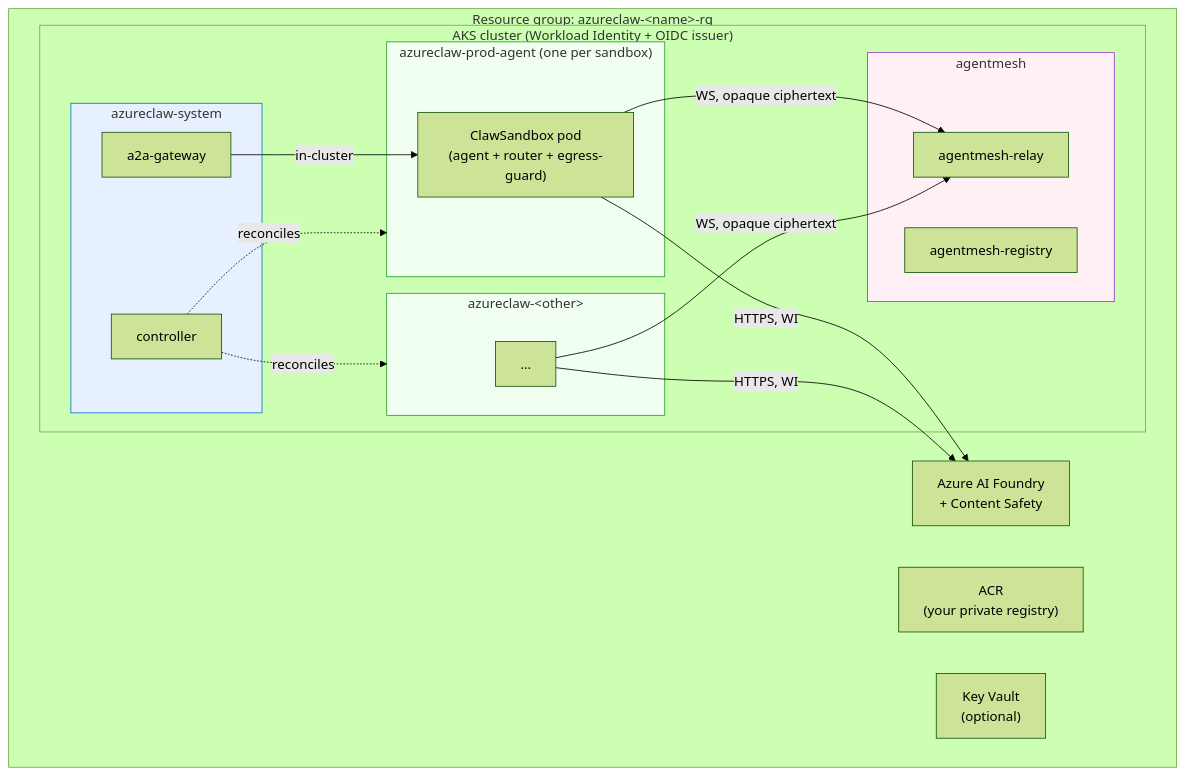
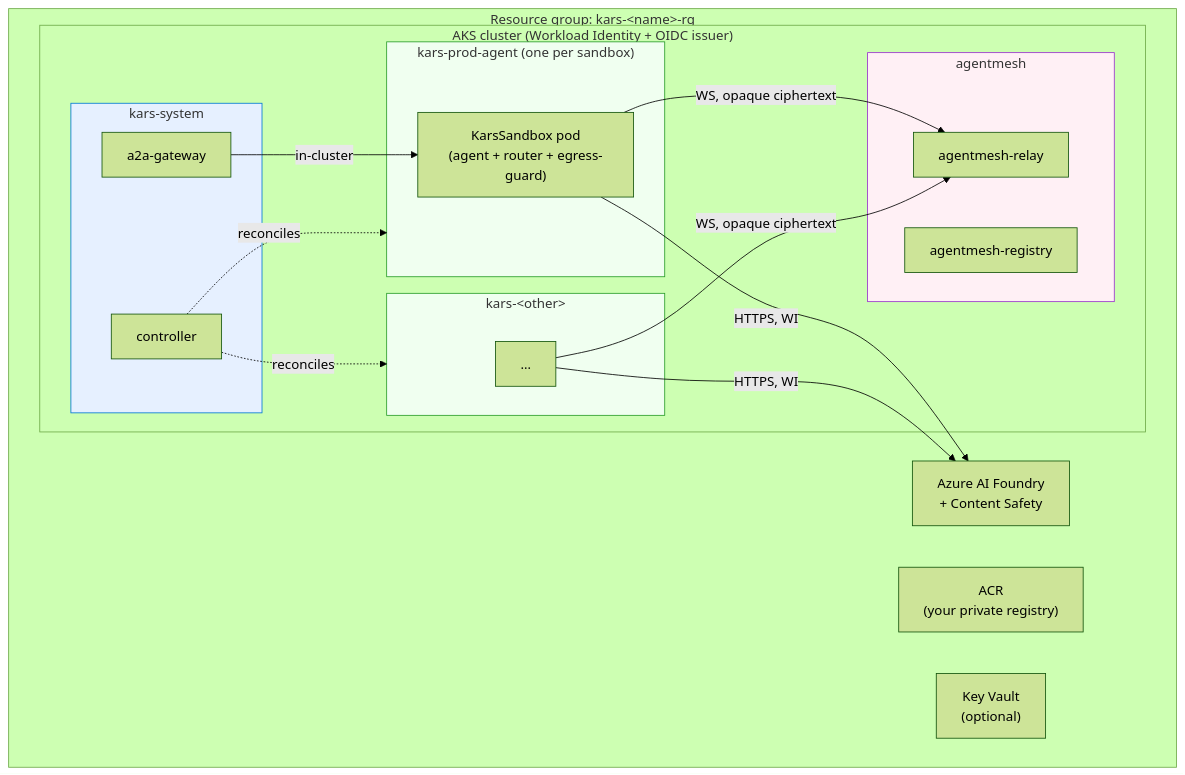
The eighth of 9 diagrams in docs/architecture-diagrams.md (lachie83/kars), drawn with Mermaid (forest theme) before and after one commit. The commit also changed other lines of this file and 694 other files, not shown here.

First line of the commit message:
chore(rebrand): rename project to Kars — Agent Reference Stack for Kubernetes (#355)

````diff
--- a/docs/architecture-diagrams.md
+++ b/docs/architecture-diagrams.md
@@ -261,40 +261,40 @@
 ```mermaid
 flowchart TB
-  subgraph RG["Resource group: azureclaw-&lt;name&gt;-rg"]
+  subgraph RG["Resource group: kars-&lt;name&gt;-rg"]
     ACR["ACR<br/>(your private registry)"]
     Foundry["Azure AI Foundry<br/>+ Content Safety"]
     KV["Key Vault<br/>(optional)"]
     subgraph AKS["AKS cluster (Workload Identity + OIDC issuer)"]
-      subgraph Sys["azureclaw-system"]
+      subgraph Sys["kars-system"]
         CtrlPod["controller"]
         GwPod["a2a-gateway"]
       end
       subgraph Mesh["agentmesh"]
         Relay["agentmesh-relay"]
         Reg["agentmesh-registry"]
       end
-      subgraph Tenant1["azureclaw-prod-agent (one per sandbox)"]
-        Pod1["ClawSandbox pod<br/>(agent + router + egress-guard)"]
+      subgraph Tenant1["kars-prod-agent (one per sandbox)"]
+        Pod1["KarsSandbox pod<br/>(agent + router + egress-guard)"]
       end
-      subgraph TenantN["azureclaw-&lt;other&gt;"]
+      subgraph TenantN["kars-&lt;other&gt;"]
         PodN["…"]
       end
     end
   end
 
   CtrlPod -.->|reconciles| Tenant1
   CtrlPod -.->|reconciles| TenantN
   Pod1 -->|WS, opaque ciphertext| Relay
   PodN -->|WS, opaque ciphertext| Relay
   Pod1 -->|HTTPS, WI| Foundry
   PodN -->|HTTPS, WI| Foundry
   GwPod -->|in-cluster| Pod1
 
   classDef sys fill:#e6f0ff,stroke:#0078d4
   classDef tenant fill:#f0fff0,stroke:#2a9d2a
   classDef mesh fill:#fff0f5,stroke:#9933cc
   class Sys sys
   class Tenant1 tenant
   class TenantN tenant
   class Mesh mesh
 ```
````
